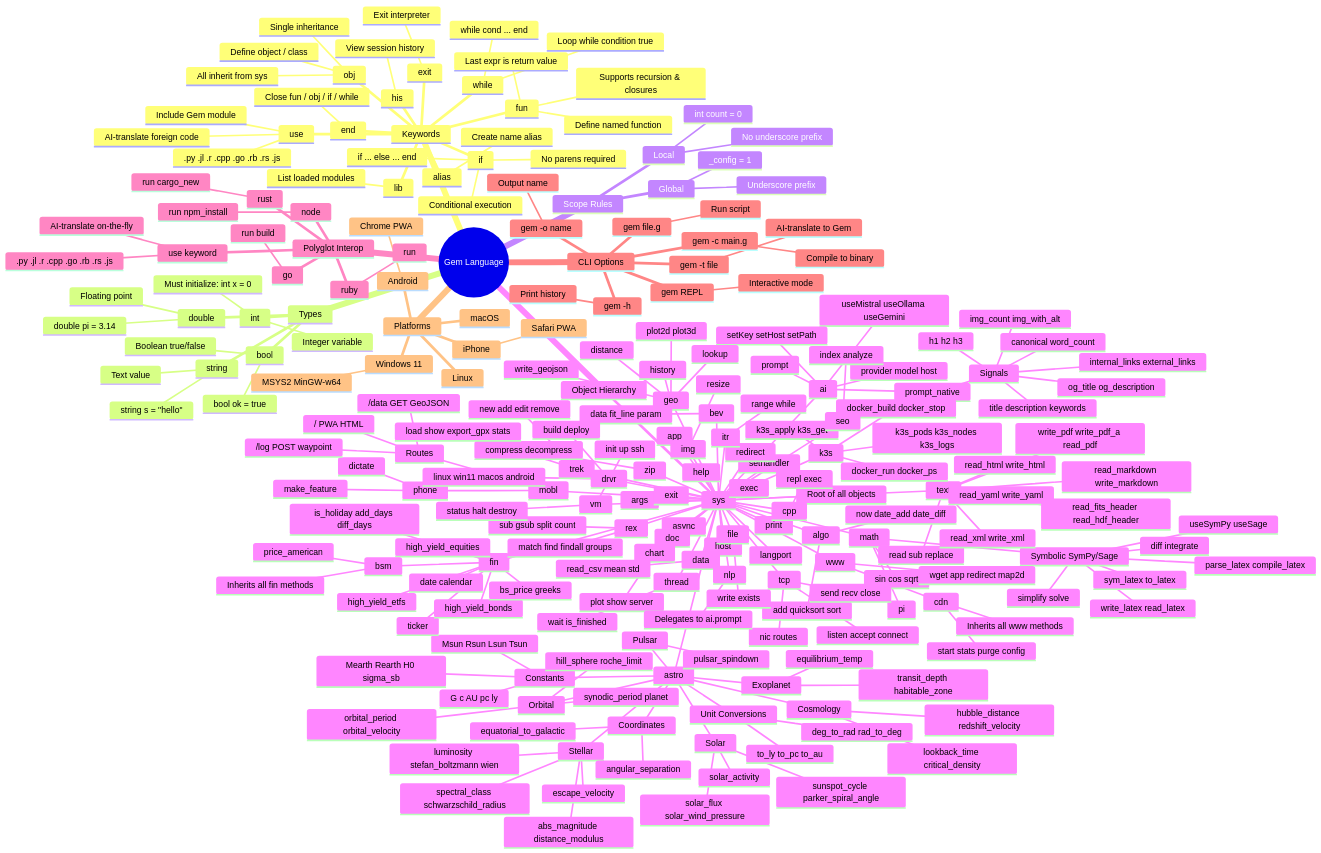
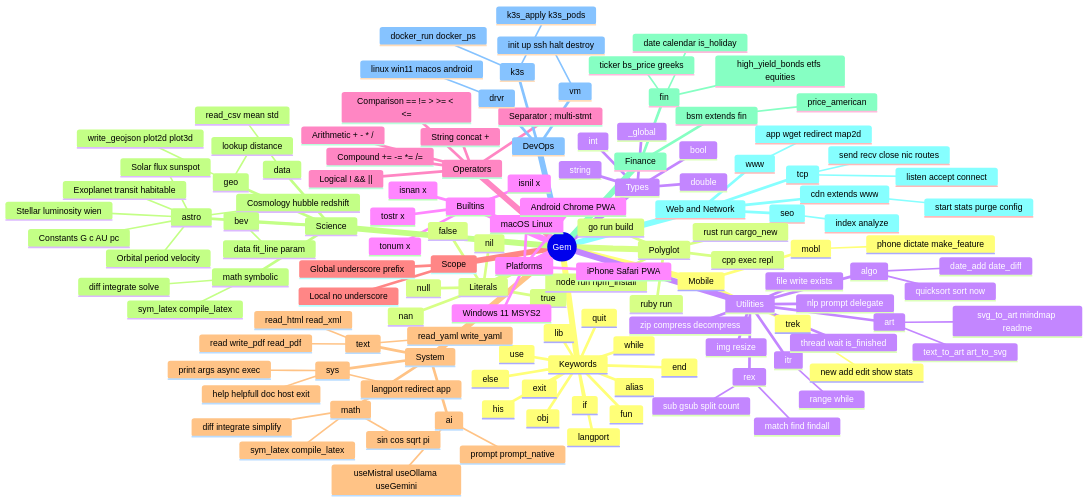
One commit to honsys/aiapr2026 changed the first of 2 diagrams in gem26/docs/gem_mindmap.md. Above: the diagram before and after it, drawn with Mermaid. The commit also changed other lines of this file and 23 other files, not shown here.

````diff
--- a/gem26/docs/gem_mindmap.md
+++ b/gem26/docs/gem_mindmap.md
@@ -5,242 +5,137 @@
 ```mermaid
 mindmap
-  root((Gem Language))
+  root((Gem))
     Keywords
       fun
-        Define named function
-        Last expr is return value
-        Supports recursion & closures
       obj
-        Define object / class
-        Single inheritance
-        All inherit from sys
       use
-        Include Gem module
-        AI-translate foreign code
-        .py .jl .r .cpp .go .rb .rs .js
       if
-        Conditional execution
-        if ... else ... end
-        No parens required
+      else
       while
-        Loop while condition true
-        while cond ... end
       end
-        Close fun / obj / if / while
       alias
-        Create name alias
       his
-        View session history
       lib
-        List loaded modules
       exit
-        Exit interpreter
+      quit
+      langport
+    Literals
+      true
+      false
+      null
+      nil
+      nan
     Types
       int
-        Integer variable
-        Must initialize: int x = 0
       double
-        Floating point
-        double pi = 3.14
       string
-        Text value
-        string s = "hello"
       bool
-        Boolean true/false
-        bool ok = true
-    Scope Rules
-      Local
-        No underscore prefix
-        int count = 0
-      Global
-        Underscore prefix
-        _config = 1
-    Object Hierarchy
+      _global
+    Builtins
+      isnil x
+      isnan x
+      tonum x
+      tostr x
+    Operators
+      Arithmetic + - * /
+      Compound += -= *= /=
+      Comparison == != > >= < <=
+      Logical ! && ||
+      Separator ; multi-stmt
+      String concat +
+    Scope
+      Local no underscore
+      Global underscore prefix
+    System
       sys
-        Root of all objects
-        print
-        args
-        async
-        sethandler
-        host
-        exec
-        doc
-        help
-        exit
-        langport
-        redirect
-        app
-        math
-          sin cos sqrt
-          pi
-          Symbolic SymPy/Sage
-            useSymPy useSage
-            diff integrate
-            simplify solve
-            sym_latex to_latex
-            write_latex read_latex
-            parse_latex compile_latex
-        ai
-          prompt
-          prompt_native
-          useMistral useOllama useGemini
-          setKey setHost setPath
-          provider model host
-        text
-          read sub replace
-          write_pdf write_pdf_a read_pdf
-          read_markdown write_markdown
-          read_yaml write_yaml
-          read_html write_html
-          read_xml write_xml
-          read_fits_header read_hdf_header
-        geo
-          lookup
-          distance
-          write_geojson
-          history
-          plot2d plot3d
-        astro
-          Constants
-            G c AU pc ly
-            Msun Rsun Lsun Tsun
-            Mearth Rearth H0 sigma_sb
-          Unit Conversions
-            to_ly to_pc to_au
-            deg_to_rad rad_to_deg
-          Stellar
-            luminosity stefan_boltzmann wien
-            abs_magnitude distance_modulus
-            spectral_class schwarzschild_radius
-            escape_velocity
-          Orbital
-            orbital_period orbital_velocity
-            hill_sphere roche_limit
-            synodic_period planet
-          Solar
-            solar_flux solar_wind_pressure
-            sunspot_cycle parker_spiral_angle
-            solar_activity
-          Cosmology
-            hubble_distance redshift_velocity
-            lookback_time critical_density
-          Coordinates
-            equatorial_to_galactic
-            angular_separation
-          Exoplanet
-            transit_depth habitable_zone
-            equilibrium_temp
-          Pulsar
-            pulsar_spindown
-        fin
-          ticker
-          high_yield_bonds
-          high_yield_etfs
-          high_yield_equities
-          bs_price greeks
-          date calendar
-          is_holiday add_days diff_days
-          bsm
-            Inherits all fin methods
-            price_american
-        chart
-          plot show server
-        data
-          read_csv mean std
-        rex
-          match find findall groups
-          sub gsub split count
-        algo
-          add quicksort sort
-          now date_add date_diff
-        tcp
-          listen accept connect
-          send recv close
-          nic routes
-        thread
-          wait is_finished
-        www
-          wget app redirect map2d
-          cdn
-            Inherits all www methods
-            start stats purge config
-        nlp
-          Delegates to ai.prompt
-        bev
-          data fit_line param
-        file
-          write exists
-        zip
-          compress decompress
-        img
-          resize
-        cpp
-          repl exec
-        itr
-          range while
-        k3s
-          docker_run docker_ps
-          docker_build docker_stop
-          k3s_apply k3s_get
-          k3s_pods k3s_nodes k3s_logs
-        vm
-          init up ssh
-          status halt destroy
-        mobl
-          phone
-            dictate
-            make_feature
-          Routes
-            / PWA HTML
-            /log POST waypoint
-            /data GET GeoJSON
-        trek
-          new add edit remove
-          load show export_gpx stats
-        seo
-          index analyze
-          Signals
-            title description keywords
-            og_title og_description
-            canonical word_count
-            img_count img_with_alt
-            internal_links external_links
-            h1 h2 h3
-        drvr
-          linux win11 macos android
-          build deploy
-    Polyglot Interop
-      use keyword
-        AI-translate on-the-fly
-        .py .jl .r .cpp .go .rb .rs .js
-      go
-        run build
-      ruby
-        run
-      node
-        run npm_install
-      rust
-        run cargo_new
-    CLI Options
-      gem file.g
-        Run script
-      gem -c main.g
-        Compile to binary
-      gem -o name
-        Output name
-      gem -h
-        Print history
-      gem -t file
-        AI-translate to Gem
-      gem REPL
-        Interactive mode
+        print args async exec
+        help helpfull doc host exit
+        langport redirect app
+      math
+        sin cos sqrt pi
+        diff integrate simplify
+        sym_latex compile_latex
+      ai
+        prompt prompt_native
+        useMistral useOllama useGemini
+      text
+        read write_pdf read_pdf
+        read_yaml write_yaml
+        read_html read_xml
+    Science
+      astro
+        Constants G c AU pc
+        Stellar luminosity wien
+        Orbital period velocity
+        Solar flux sunspot
+        Cosmology hubble redshift
+        Exoplanet transit habitable
+      geo
+        lookup distance
+        write_geojson plot2d plot3d
+      math symbolic
+        diff integrate solve
+        sym_latex compile_latex
+      bev
+        data fit_line param
+      data
+        read_csv mean std
+    Finance
+      fin
+        ticker bs_price greeks
+        high_yield_bonds etfs equities
+        date calendar is_holiday
+      bsm extends fin
+        price_american
+    Web and Network
+      www
+        app wget redirect map2d
+      cdn extends www
+        start stats purge config
+      tcp
+        listen accept connect
+        send recv close nic routes
+      seo
+        index analyze
+    DevOps
+      k3s
+        docker_run docker_ps
+        k3s_apply k3s_pods
+      vm
+        init up ssh halt destroy
+      drvr
+        linux win11 macos android
+    Mobile
+      mobl
+        phone dictate make_feature
+      trek
+        new add edit show stats
+    Polyglot
+      go run build
+      ruby run
+      node run npm_install
+      rust run cargo_new
+      cpp exec repl
+    Utilities
+      rex
+        match find findall
+        sub gsub split count
+      algo
+        quicksort sort now
+        date_add date_diff
+      itr
+        range while
+      file write exists
+      zip compress decompress
+      img resize
+      nlp prompt delegate
+      thread wait is_finished
+      art
+        text_to_art art_to_svg
+        svg_to_art mindmap readme
     Platforms
-      macOS
-      Linux
-      Windows 11
-        MSYS2 MinGW-w64
-      Android
-        Chrome PWA
-      iPhone
-        Safari PWA
+      macOS Linux
+      Windows 11 MSYS2
+      Android Chrome PWA
+      iPhone Safari PWA
 ```
````
